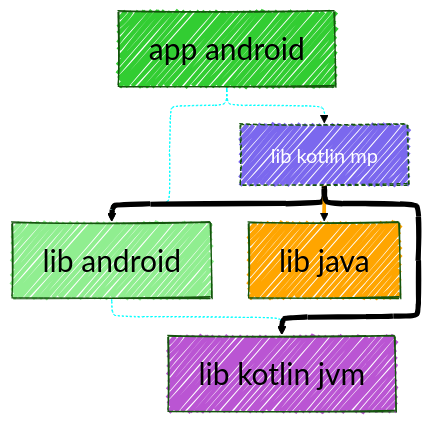
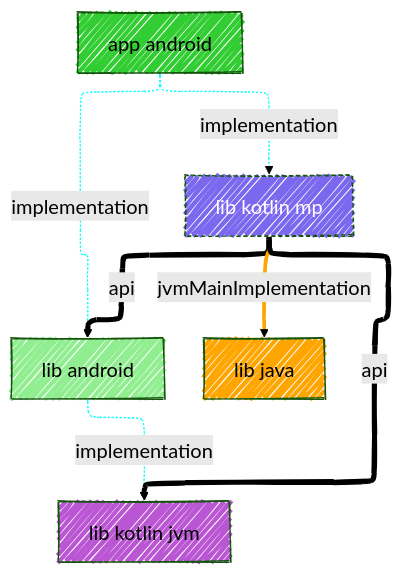
One commit to jonapoul/atlas changed the diagram in samples/sample-mermaid/sample-app-android/modular/chart.mmd. Above: the diagram before and after it, drawn with Mermaid. The commit also changed 39 other files, not shown here.

```diff
--- a/samples/sample-mermaid/sample-app-android/modular/chart.mmd
+++ b/samples/sample-mermaid/sample-app-android/modular/chart.mmd
@@ -1,44 +1,44 @@
 ---
 config:
   layout: elk
   look: handDrawn
   theme: forest
   elk:
     mergeEdges: true
     forceNodeModelOrder: true
     nodePlacementStrategy: LINEAR_SEGMENTS
     cycleBreakingStrategy: INTERACTIVE
     considerModelOrder: PREFER_EDGES
   themeVariables:
     background: #FFF
     fontFamily: arial
     lineColor: #55FF55
     primaryBorderColor: #FF5555
     primaryColor: #ABC123
     darkMode: true
-    fontSize: 30px
+    fontSize: 20px
     defaultLinkColor: #5555FF
 ---
 graph TD
   app_android["app android"]
   lib_android["lib android"]
   lib_java["lib java"]
   lib_kotlin_jvm["lib kotlin jvm"]
   lib_kotlin_mp["lib kotlin mp"]
   style app_android fill:limegreen,fillcolor:limegreen
   style lib_android fill:lightgreen,fillcolor:lightgreen
   style lib_java fill:orange,fillcolor:orange
   style lib_kotlin_jvm fill:mediumorchid,fillcolor:mediumorchid
   style lib_kotlin_mp fill:mediumslateblue,color:white,stroke-dasharray:4 3 2 1,font-size:20px,fillcolor:mediumslateblue
-  app_android -.-> lib_android
+  app_android -.implementation.-> lib_android
   linkStyle 0 stroke:aqua
-  app_android -.-> lib_kotlin_mp
+  app_android -.implementation.-> lib_kotlin_mp
   linkStyle 1 stroke:aqua
-  lib_android -.-> lib_kotlin_jvm
+  lib_android -.implementation.-> lib_kotlin_jvm
   linkStyle 2 stroke:aqua
-  lib_kotlin_mp --> lib_android
+  lib_kotlin_mp --api--> lib_android
   linkStyle 3 stroke-width:5px
-  lib_kotlin_mp ==> lib_java
+  lib_kotlin_mp ==jvmMainImplementation==> lib_java
   linkStyle 4 stroke:orange
-  lib_kotlin_mp --> lib_kotlin_jvm
+  lib_kotlin_mp --api--> lib_kotlin_jvm
   linkStyle 5 stroke-width:5px
```
